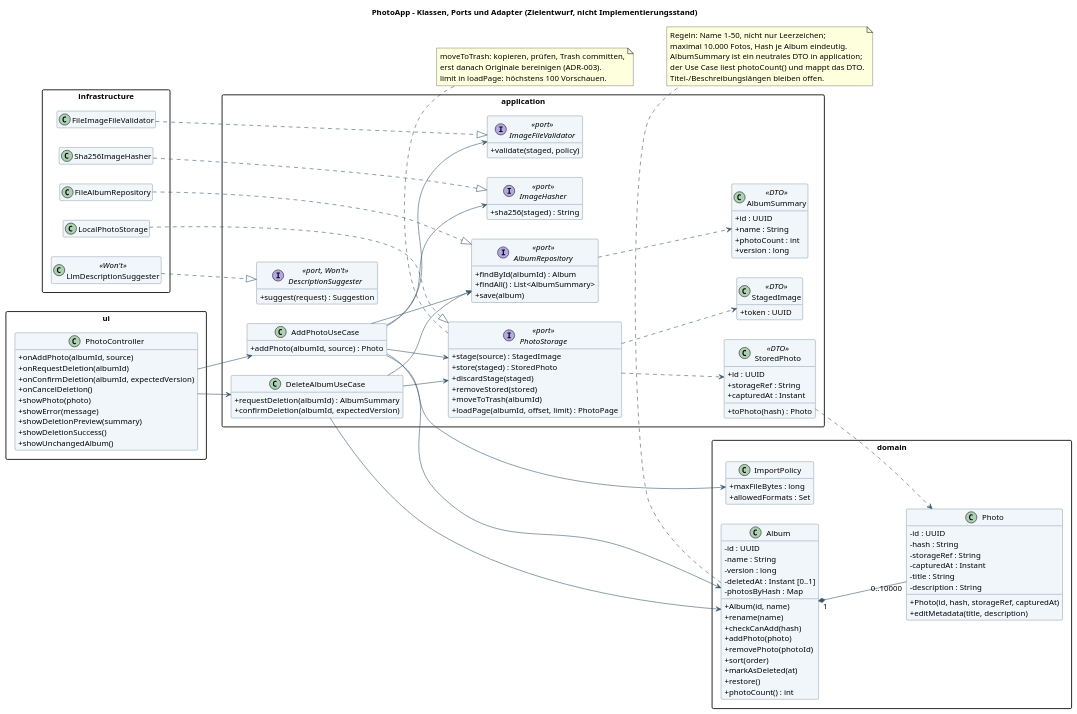
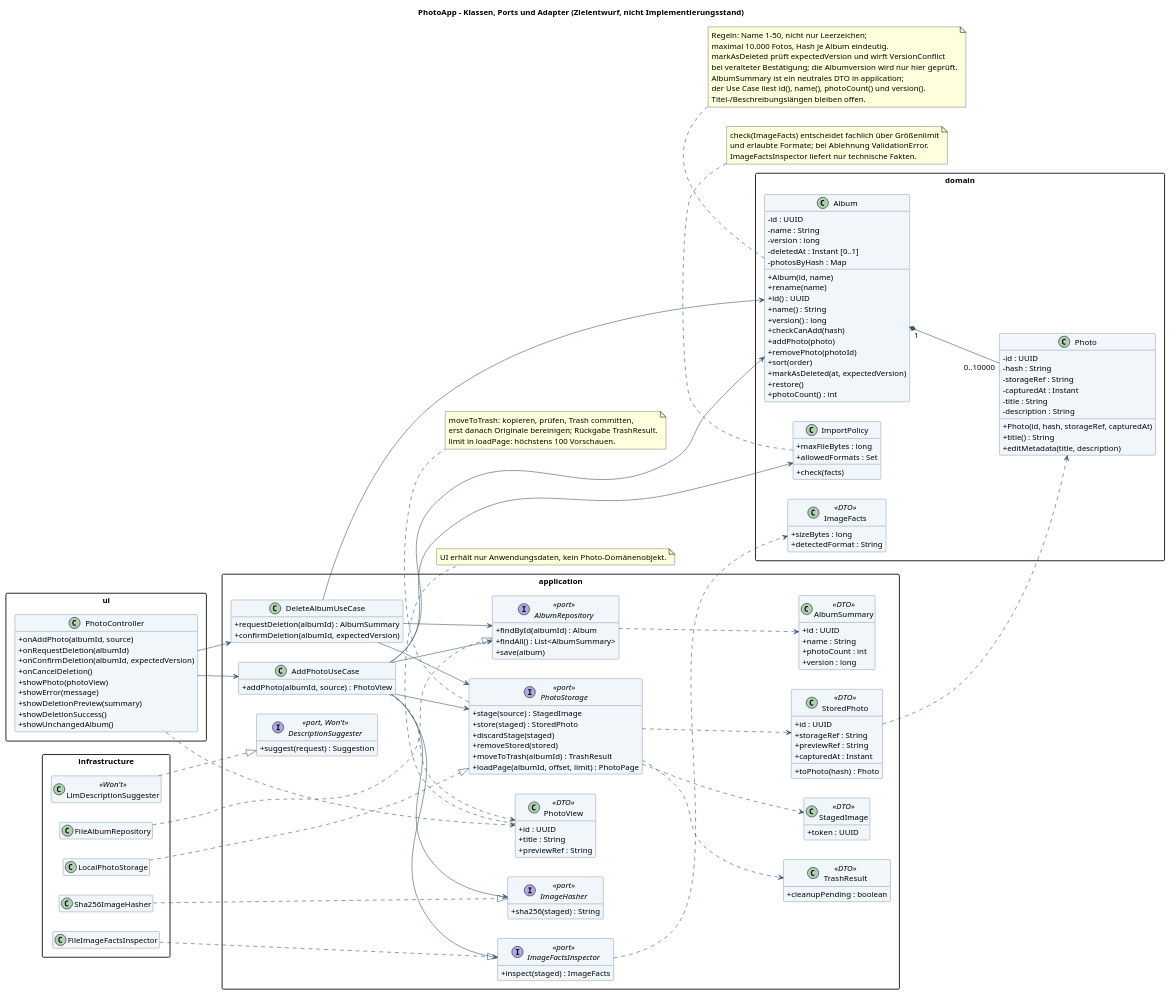
One commit to ichessebaeume1/PhotoApp changed the diagram in docs/design/klassen.puml. Above: the diagram before and after it, drawn with PlantUML. The commit also changed 13 other files, not shown here.

```diff
--- a/docs/design/klassen.puml
+++ b/docs/design/klassen.puml
@@ -1,145 +1,177 @@
 @startuml
 skinparam backgroundColor white
 skinparam shadowing false
 skinparam defaultFontName SansSerif
 skinparam defaultFontSize 14
 skinparam classAttributeIconSize 0
 skinparam packageStyle rectangle
 skinparam ArrowColor #34536B
 skinparam classBackgroundColor #F1F6FA
 skinparam classBorderColor #34536B
 title PhotoApp – Klassen, Ports und Adapter (Zielentwurf, nicht Implementierungsstand)
 left to right direction
 hide empty members
 package "domain" {
 class Album {
  - id : UUID
  - name : String
  - version : long
  - deletedAt : Instant [0..1]
  - photosByHash : Map
  + Album(id, name)
  + rename(name)
+ + id() : UUID
+ + name() : String
+ + version() : long
  + checkCanAdd(hash)
  + addPhoto(photo)
  + removePhoto(photoId)
  + sort(order)
- + markAsDeleted(at)
+ + markAsDeleted(at, expectedVersion)
  + restore()
  + photoCount() : int
 }
 class Photo {
  - id : UUID
  - hash : String
  - storageRef : String
  - capturedAt : Instant
  - title : String
  - description : String
  + Photo(id, hash, storageRef, capturedAt)
+ + title() : String
  + editMetadata(title, description)
 }
 class ImportPolicy {
  + maxFileBytes : long
  + allowedFormats : Set
+ + check(facts)
+}
+class ImageFacts <<DTO>> {
+ + sizeBytes : long
+ + detectedFormat : String
 }
 Album "1" *-- "0..10000" Photo
 }
 package "application" {
 class AddPhotoUseCase {
- + addPhoto(albumId, source) : Photo
+ + addPhoto(albumId, source) : PhotoView
 }
 class DeleteAlbumUseCase {
  + requestDeletion(albumId) : AlbumSummary
  + confirmDeletion(albumId, expectedVersion)
 }
 class AlbumSummary <<DTO>> {
  + id : UUID
  + name : String
  + photoCount : int
  + version : long
 }
 class StagedImage <<DTO>> {
  + token : UUID
 }
 class StoredPhoto <<DTO>> {
  + id : UUID
  + storageRef : String
+ + previewRef : String
  + capturedAt : Instant
  + toPhoto(hash) : Photo
+}
+class PhotoView <<DTO>> {
+ + id : UUID
+ + title : String
+ + previewRef : String
+}
+class TrashResult <<DTO>> {
+ + cleanupPending : boolean
 }
 interface AlbumRepository <<port>> {
  + findById(albumId) : Album
  + findAll() : List<AlbumSummary>
  + save(album)
 }
 interface PhotoStorage <<port>> {
  + stage(source) : StagedImage
  + store(staged) : StoredPhoto
  + discardStage(staged)
  + removeStored(stored)
- + moveToTrash(albumId)
+ + moveToTrash(albumId) : TrashResult
  + loadPage(albumId, offset, limit) : PhotoPage
 }
-interface ImageFileValidator <<port>> {
- + validate(staged, policy)
+interface ImageFactsInspector <<port>> {
+ + inspect(staged) : ImageFacts
 }
 interface ImageHasher <<port>> {
  + sha256(staged) : String
 }
 interface DescriptionSuggester <<port, Won't>> {
  + suggest(request) : Suggestion
 }
 AddPhotoUseCase --> Album
 AddPhotoUseCase --> AlbumRepository
 AddPhotoUseCase --> PhotoStorage
-AddPhotoUseCase --> ImageFileValidator
+AddPhotoUseCase --> ImageFactsInspector
 AddPhotoUseCase --> ImageHasher
 AddPhotoUseCase --> ImportPolicy
 DeleteAlbumUseCase --> AlbumRepository
 DeleteAlbumUseCase --> PhotoStorage
 DeleteAlbumUseCase --> Album
 AlbumRepository ..> AlbumSummary
 PhotoStorage ..> StagedImage
 PhotoStorage ..> StoredPhoto
+PhotoStorage ..> TrashResult
 StoredPhoto ..> Photo
+AddPhotoUseCase ..> PhotoView
+ImageFactsInspector ..> ImageFacts
 }
 package "infrastructure" {
 class FileAlbumRepository
 class LocalPhotoStorage
-class FileImageFileValidator
+class FileImageFactsInspector
 class Sha256ImageHasher
 class LlmDescriptionSuggester <<Won't>>
 FileAlbumRepository ..|> AlbumRepository
 LocalPhotoStorage ..|> PhotoStorage
-FileImageFileValidator ..|> ImageFileValidator
+FileImageFactsInspector ..|> ImageFactsInspector
 Sha256ImageHasher ..|> ImageHasher
 LlmDescriptionSuggester ..|> DescriptionSuggester
 }
 package "ui" {
 class PhotoController {
  + onAddPhoto(albumId, source)
  + onRequestDeletion(albumId)
  + onConfirmDeletion(albumId, expectedVersion)
  + onCancelDeletion()
- + showPhoto(photo)
+ + showPhoto(photoView)
  + showError(message)
  + showDeletionPreview(summary)
  + showDeletionSuccess()
  + showUnchangedAlbum()
 }
 PhotoController --> AddPhotoUseCase
 PhotoController --> DeleteAlbumUseCase
+PhotoController ..> PhotoView
 }
 note bottom of Album
 Regeln: Name 1–50, nicht nur Leerzeichen;
 maximal 10.000 Fotos, Hash je Album eindeutig.
+markAsDeleted prüft expectedVersion und wirft VersionConflict
+bei veralteter Bestätigung; die Albumversion wird nur hier geprüft.
 AlbumSummary ist ein neutrales DTO in application;
-der Use Case liest photoCount() und mappt das DTO.
+der Use Case liest id(), name(), photoCount() und version().
 Titel-/Beschreibungslängen bleiben offen.
+end note
+note bottom of ImportPolicy
+check(ImageFacts) entscheidet fachlich über Größenlimit
+und erlaubte Formate; bei Ablehnung ValidationError.
+ImageFactsInspector liefert nur technische Fakten.
+end note
+note bottom of PhotoView
+UI erhält nur Anwendungsdaten, kein Photo-Domänenobjekt.
 end note
 note bottom of PhotoStorage
 moveToTrash: kopieren, prüfen, Trash committen,
-erst danach Originale bereinigen (ADR-003).
+erst danach Originale bereinigen; Rückgabe TrashResult.
 limit in loadPage: höchstens 100 Vorschauen.
 end note
 @enduml
```
